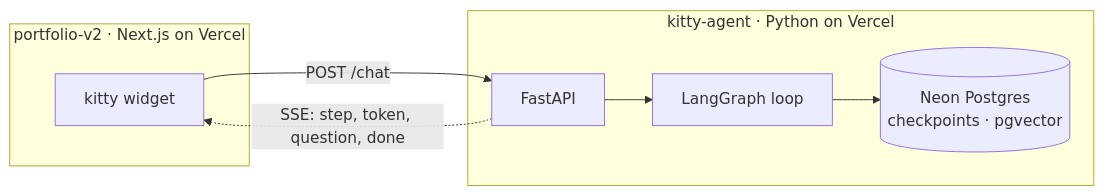
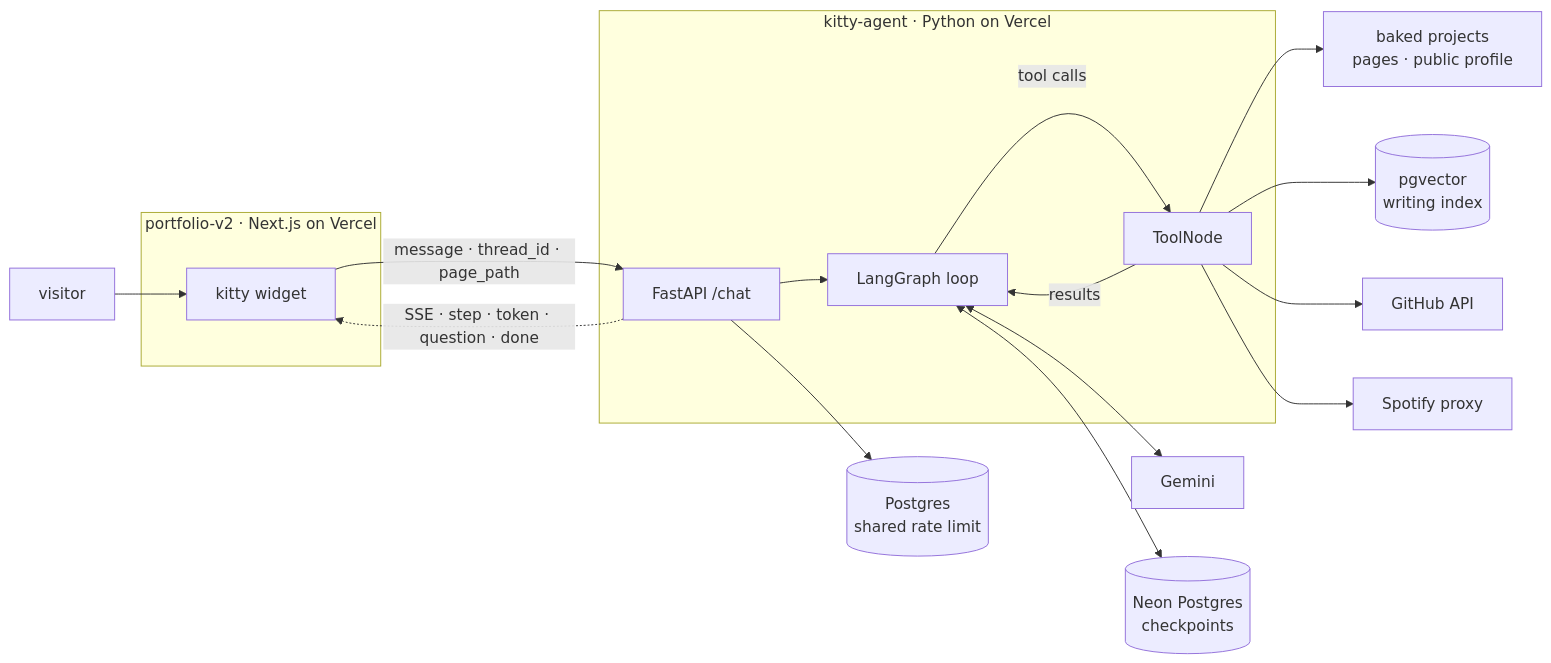
One commit to vroslmend/kitty-agent changed the first of 2 diagrams in README.md. Above: the diagram before and after it, drawn with Mermaid. The commit also changed other lines of this file and 1 other file, not shown here.

First line of the commit message:
Document Kitty's deployed architecture (#8)

````diff
--- a/README.md
+++ b/README.md
@@ -19,17 +19,28 @@
 ```mermaid
 flowchart LR
-    subgraph pf["portfolio-v2 · Next.js on Vercel"]
-        widget["kitty widget"]
+    visitor[visitor] --> widget
+
+    subgraph portfolio["portfolio-v2 · Next.js on Vercel"]
+        widget[kitty widget]
     end
 
-    subgraph ka["kitty-agent · Python on Vercel"]
-        api["FastAPI"]
-        loop["LangGraph loop"]
-        store[("Neon Postgres<br/>checkpoints · pgvector")]
-        api --> loop
-        loop --> store
+    subgraph service["kitty-agent · Python on Vercel"]
+        api[FastAPI /chat]
+        agent_graph[LangGraph loop]
+        tools[ToolNode]
+        api --> agent_graph
+        agent_graph -->|tool calls| tools
+        tools -->|results| agent_graph
     end
 
-    widget -->|"POST /chat"| api
-    api -.->|"SSE: step, token, question, done"| widget
+    widget -->|"message · thread_id · page_path"| api
+    api -.->|"SSE · step · token · question · done"| widget
+
+    agent_graph <--> gemini[Gemini]
+    agent_graph <--> state[(Neon Postgres<br/>checkpoints)]
+    api --> limit[(Postgres<br/>shared rate limit)]
+    tools --> content[baked projects<br/>pages · public profile]
+    tools --> writing[(pgvector<br/>writing index)]
+    tools --> github[GitHub API]
+    tools --> spotify[Spotify proxy]
 ```
````
